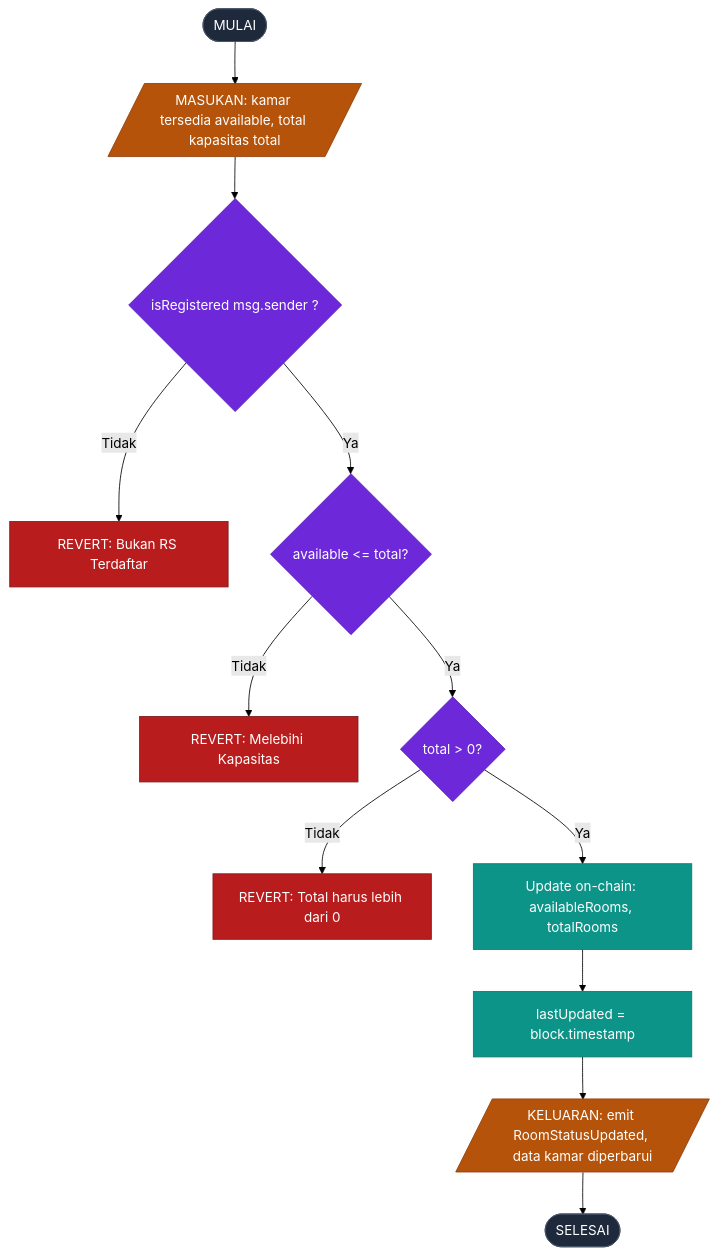
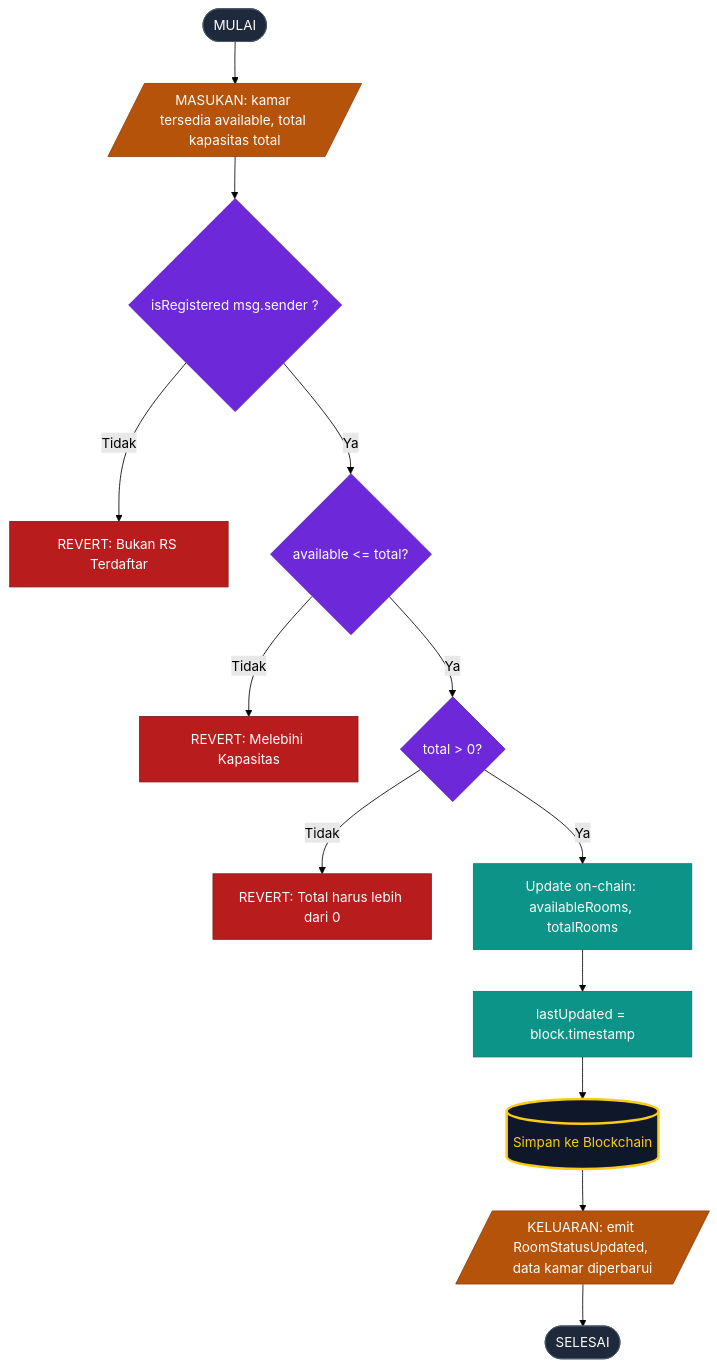
One commit to abuab234/Status-Ketersediaan-Kamar-RS changed the fourth of 7 diagrams in readme/capstone_blockchain.md. Above: the diagram before and after it, drawn with Mermaid (forest theme). The commit also changed other lines of this file, not shown here.

Commit message:
Fix: Memperbaiki sintaks diagram Mermaid pada dokumentasi

````diff
--- a/readme/capstone_blockchain.md
+++ b/readme/capstone_blockchain.md
@@ -220,27 +224,29 @@
 ```mermaid
 flowchart TD
     B1([MULAI]) --> B2[/"MASUKAN: kamar tersedia available, total kapasitas total"/]
     B2 --> B3{"isRegistered msg.sender ?"}
     B3 -->|"Tidak"| BR1["REVERT: Bukan RS Terdaftar"]
     B3 -->|"Ya"| B4{"available <= total?"}
     B4 -->|"Tidak"| BR2["REVERT: Melebihi Kapasitas"]
     B4 -->|"Ya"| B5{"total > 0?"}
     B5 -->|"Tidak"| BR3["REVERT: Total harus lebih dari 0"]
     B5 -->|"Ya"| B6["Update on-chain: availableRooms, totalRooms"]
     B6 --> B7["lastUpdated = block.timestamp"]
-    B7 --> B8[/"KELUARAN: emit RoomStatusUpdated, data kamar diperbarui"/]
+    B7 --> BDB[("Simpan ke Blockchain")]
+    BDB --> B8[/"KELUARAN: emit RoomStatusUpdated, data kamar diperbarui"/]
     B8 --> B9([SELESAI])
 
     style B1 fill:#1e293b,color:#fff,stroke:#475569
     style B9 fill:#1e293b,color:#fff,stroke:#475569
     style BR1 fill:#b91c1c,color:#fff,stroke:#7f1d1d
     style BR2 fill:#b91c1c,color:#fff,stroke:#7f1d1d
     style BR3 fill:#b91c1c,color:#fff,stroke:#7f1d1d
     style B3 fill:#6d28d9,color:#fff,stroke:#5b21b6
     style B4 fill:#6d28d9,color:#fff,stroke:#5b21b6
     style B5 fill:#6d28d9,color:#fff,stroke:#5b21b6
     style B6 fill:#0d9488,color:#fff,stroke:#0f766e
     style B7 fill:#0d9488,color:#fff,stroke:#0f766e
     style B2 fill:#b45309,color:#fff,stroke:#92400e
     style B8 fill:#b45309,color:#fff,stroke:#92400e
+    style BDB fill:#0f172a,color:#facc15,stroke:#facc15,stroke-width:3px
 ```
````
